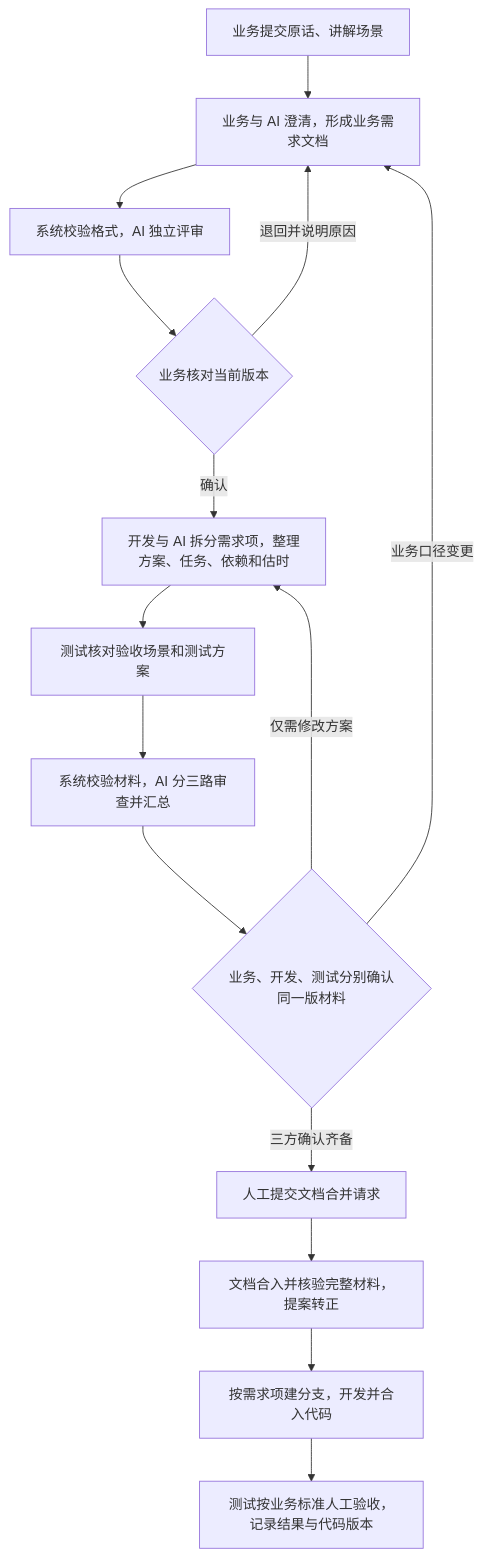
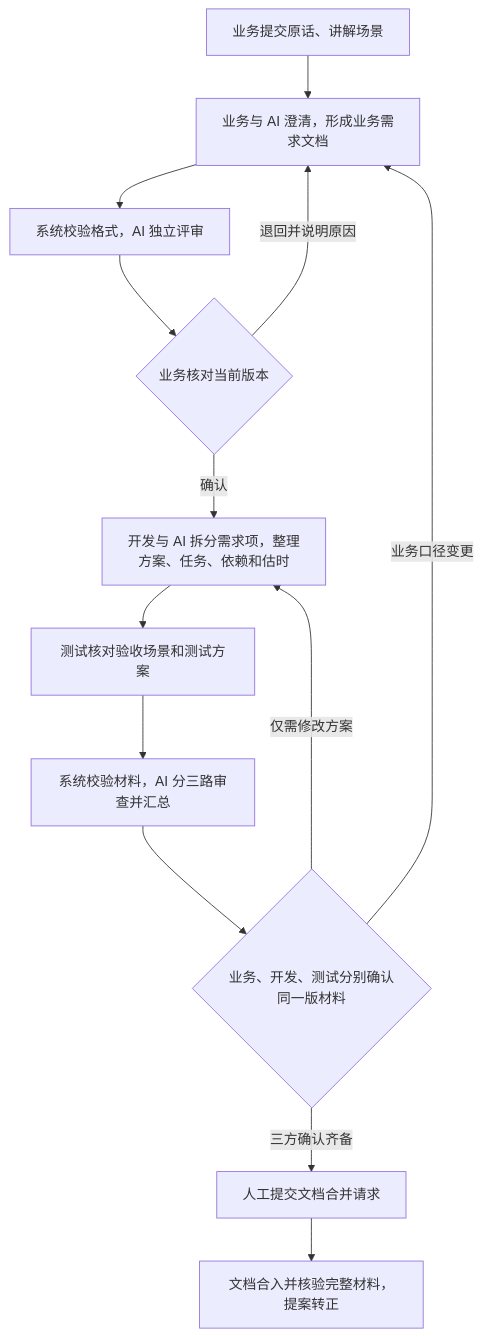
One commit to jchanghong023/ZCode changed the second of 2 diagrams in docs/briefings/requirements-collaboration.md. Above: the diagram before and after it, drawn with Mermaid. The commit also changed other lines of this file and 181 other files, not shown here.

````diff
--- a/docs/briefings/requirements-collaboration.md
+++ b/docs/briefings/requirements-collaboration.md
@@ -27,17 +26,15 @@
 ```mermaid
 flowchart TD
   Raw["业务提交原话、讲解场景"] --> Clarify["业务与 AI 澄清，形成业务需求文档"]
   Clarify --> Review["系统校验格式，AI 独立评审"]
   Review --> Business{"业务核对当前版本"}
   Business -->|退回并说明原因| Clarify
   Business -->|确认| Design["开发与 AI 拆分需求项，整理方案、任务、依赖和估时"]
   Design --> Plan["测试核对验收场景和测试方案"]
   Plan --> Check["系统校验材料，AI 分三路审查并汇总"]
   Check --> Sign{"业务、开发、测试分别确认同一版材料"}
   Sign -->|业务口径变更| Clarify
   Sign -->|仅需修改方案| Design
   Sign -->|三方确认齐备| Doc["人工提交文档合并请求"]
   Doc --> Merge["文档合入并核验完整材料，提案转正"]
-  Merge --> Code["按需求项建分支，开发并合入代码"]
-  Code --> Accept["测试按业务标准人工验收，记录结果与代码版本"]
 ```
````
